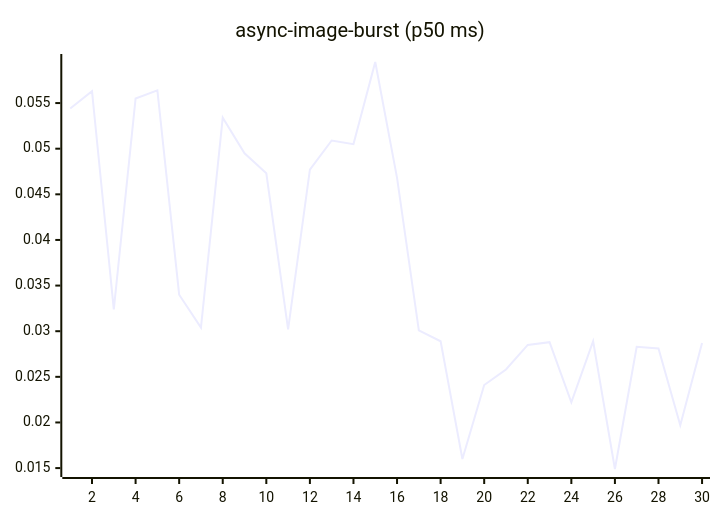
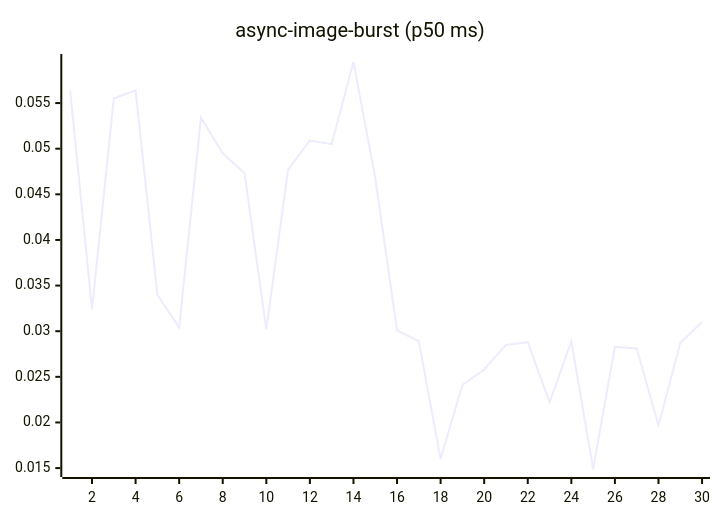
The fourth of 27 diagrams in README.md (josha/Facet), drawn with Mermaid before and after one commit. The commit also changed other lines of this file and 2 other files, not shown here.

````diff
--- a/README.md
+++ b/README.md
@@ -84,6 +84,6 @@
 ```mermaid
 xychart-beta
     title "async-image-burst (p50 ms)"
     x-axis 1 --> 30
-    line [0.0544, 0.0563, 0.0324, 0.0555, 0.0564, 0.0340, 0.0304, 0.0534, 0.0495, 0.0473, 0.0302, 0.0477, 0.0509, 0.0505, 0.0595, 0.0468, 0.0301, 0.0289, 0.0160, 0.0241, 0.0258, 0.0285, 0.0288, 0.0222, 0.0289, 0.0149, 0.0283, 0.0281, 0.0197, 0.0287]
+    line [0.0563, 0.0324, 0.0555, 0.0564, 0.0340, 0.0304, 0.0534, 0.0495, 0.0473, 0.0302, 0.0477, 0.0509, 0.0505, 0.0595, 0.0468, 0.0301, 0.0289, 0.0160, 0.0241, 0.0258, 0.0285, 0.0288, 0.0222, 0.0289, 0.0149, 0.0283, 0.0281, 0.0197, 0.0287, 0.0310]
 ```
````
